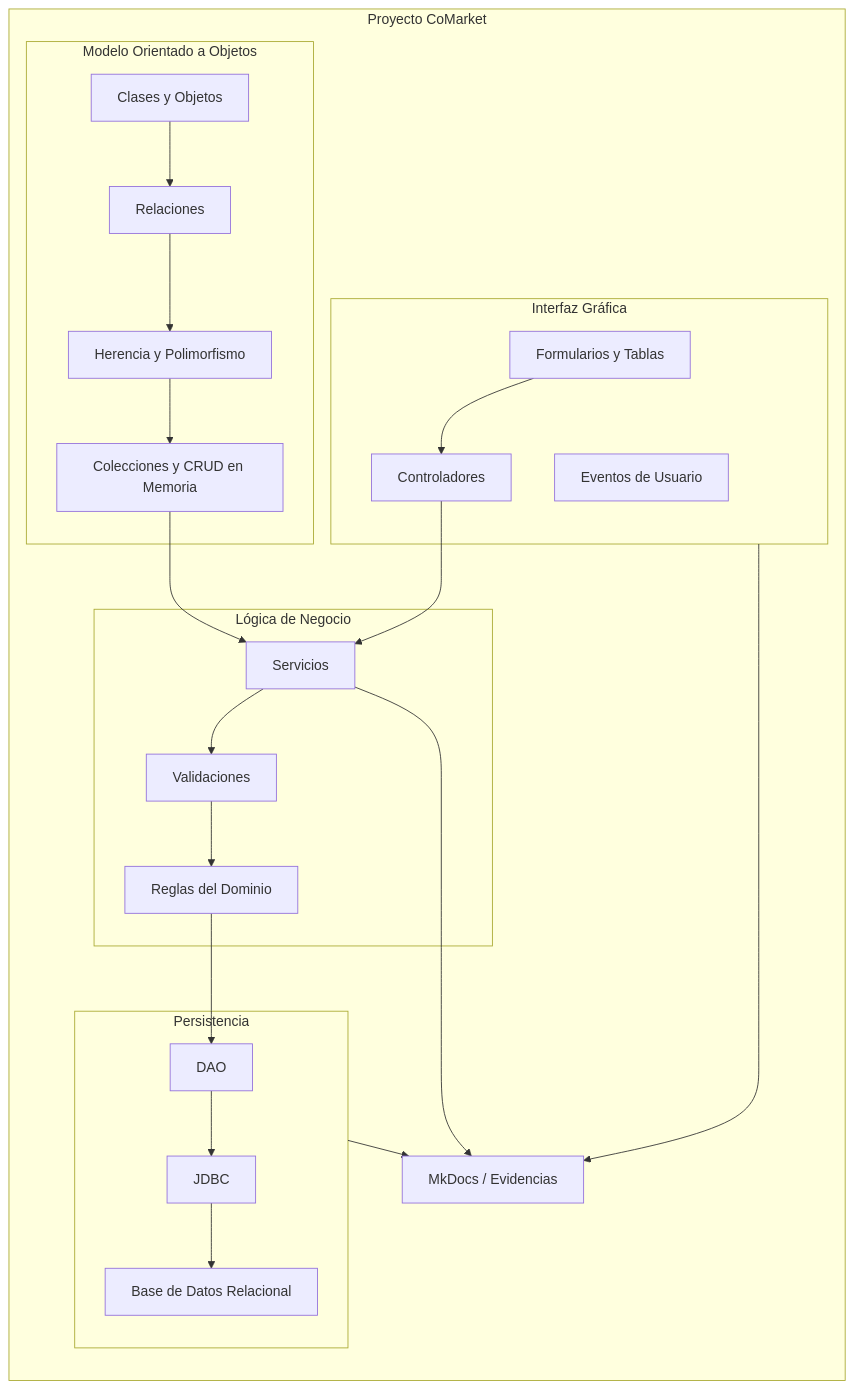
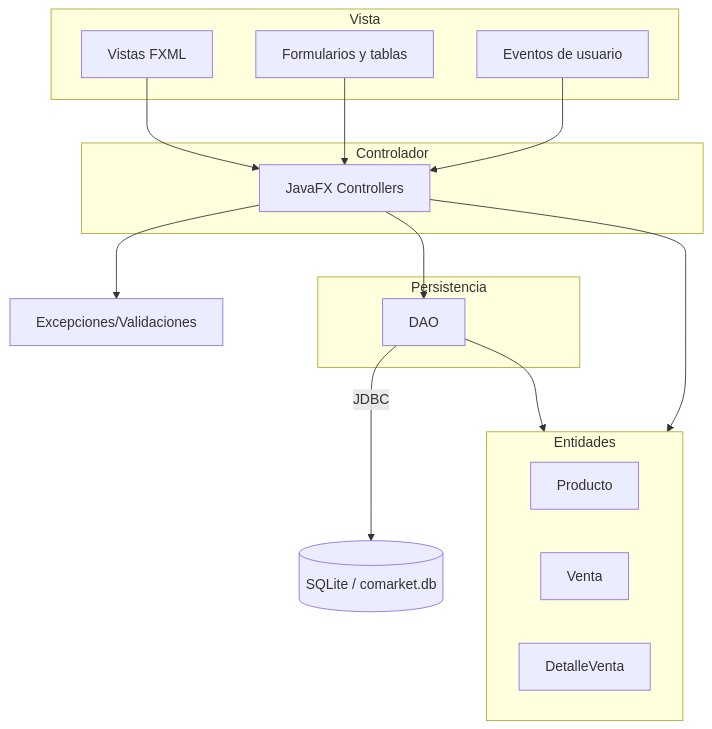
One commit to 262poo/comarket changed the first of 2 diagrams in docs/index.md. Above: the diagram before and after it, drawn with Mermaid. The commit also changed other lines of this file and 7 other files, not shown here.

````diff
--- a/docs/index.md
+++ b/docs/index.md
@@ -50,39 +70,33 @@
 ```mermaid
-flowchart LR
-    subgraph Curso["Proyecto CoMarket"]
-        subgraph Dominio["Modelo Orientado a Objetos"]
-            Clases["Clases y Objetos"]
-            Relaciones["Relaciones"]
-            Herencia["Herencia y Polimorfismo"]
-            Colecciones["Colecciones y CRUD en Memoria"]
-        end
-
-        subgraph Logica["Lógica de Negocio"]
-            Servicios["Servicios"]
-            Validaciones["Validaciones"]
-            Reglas["Reglas del Dominio"]
-        end
-
-        subgraph Datos["Persistencia"]
-            DAO["DAO"]
-            JDBC["JDBC"]
-            BD["Base de Datos Relacional"]
-        end
-
-        subgraph UI["Interfaz Gráfica"]
-            Vistas["Formularios y Tablas"]
-            Controladores["Controladores"]
-            Eventos["Eventos de Usuario"]
-        end
-
-        Docs["MkDocs / Evidencias"]
+flowchart TB
+    subgraph View["Vista"]
+        FXML["Vistas FXML"]
+        Formularios["Formularios y tablas"]
+        Eventos["Eventos de usuario"]
     end
 
-    Clases --> Relaciones --> Herencia --> Colecciones
-    Colecciones --> Servicios --> Validaciones --> Reglas
-    Reglas --> DAO --> JDBC --> BD
-    Vistas --> Controladores --> Servicios
-    Servicios --> Docs
-    UI --> Docs
-    Datos --> Docs
+    subgraph Controller["Controlador"]
+        Controllers["JavaFX Controllers"]
+    end
+
+    subgraph Entities["Entidades"]
+        Producto["Producto"]
+        Venta["Venta"]
+        DetalleVenta["DetalleVenta"]
+    end
+
+    subgraph Persistence["Persistencia"]
+        DAO["DAO"]
+    end
+
+    SQLite[("SQLite / comarket.db")]
+
+    FXML --> Controllers
+    Formularios --> Controllers
+    Eventos --> Controllers
+    Controllers --> Validaciones["Excepciones/Validaciones"]
+    Controllers --> Entities
+    Controllers --> DAO
+    DAO --> Entities
+    DAO -->|"JDBC"| SQLite
 ```
````
